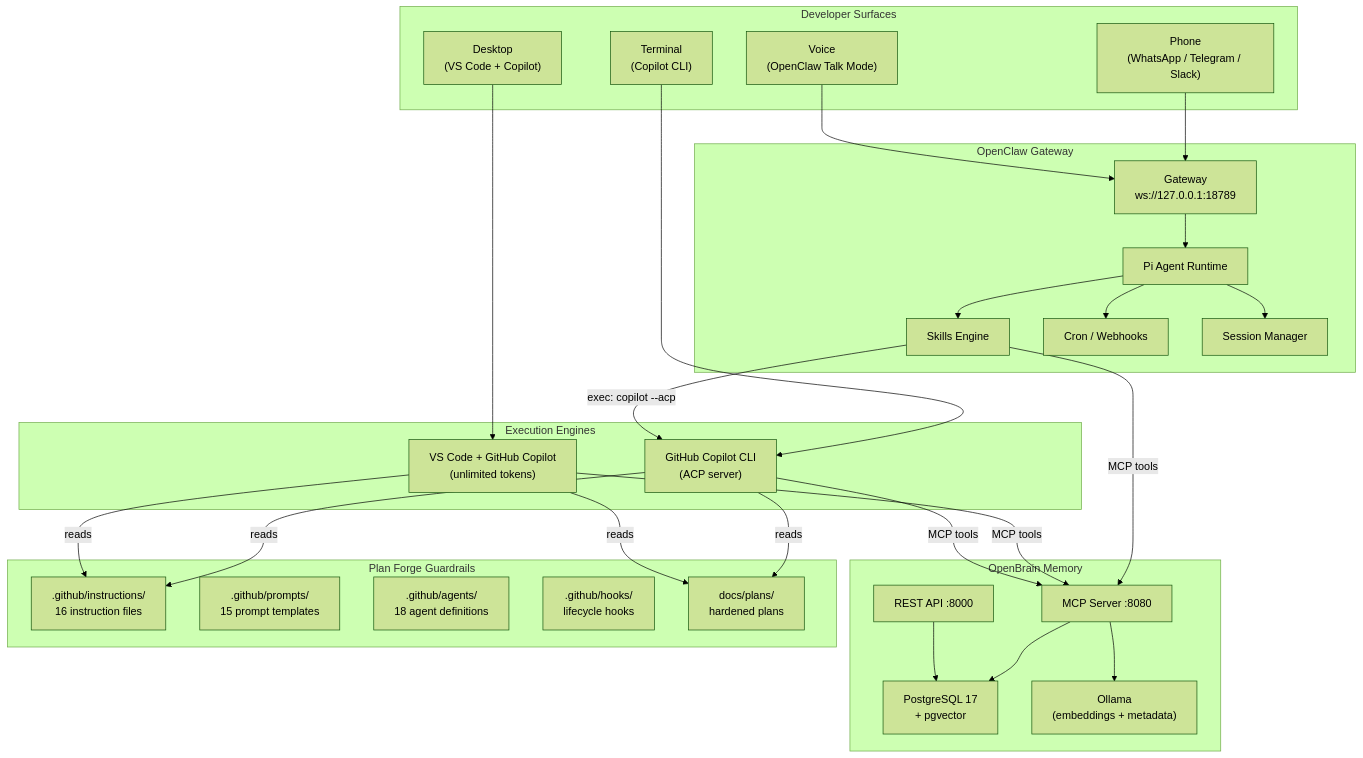
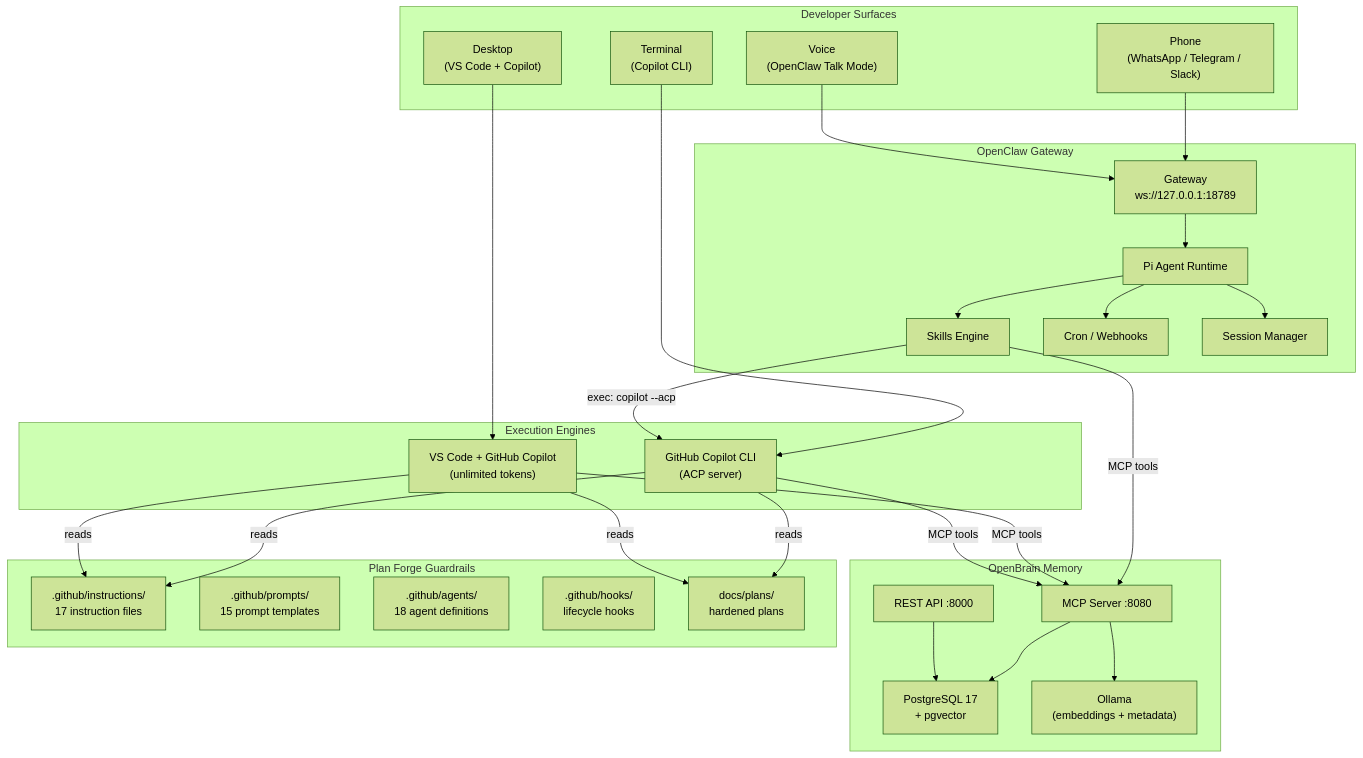
The first of 9 diagrams in docs/UNIFIED-SYSTEM-ARCHITECTURE.md (srnichols/plan-forge), drawn with Mermaid (forest theme) before and after one commit. The commit also changed 11 other files, not shown here.

````diff
--- a/docs/UNIFIED-SYSTEM-ARCHITECTURE.md
+++ b/docs/UNIFIED-SYSTEM-ARCHITECTURE.md
@@ -154,61 +154,61 @@
 ```mermaid
 graph TB
     subgraph "Developer Surfaces"
         PHONE["Phone<br/>(WhatsApp / Telegram / Slack)"]
         DESKTOP["Desktop<br/>(VS Code + Copilot)"]
         TERMINAL["Terminal<br/>(Copilot CLI)"]
         VOICE["Voice<br/>(OpenClaw Talk Mode)"]
     end
 
     subgraph "OpenClaw Gateway"
         GW["Gateway<br/>ws://127.0.0.1:18789"]
         AGENT["Pi Agent Runtime"]
         SKILLS["Skills Engine"]
         CRON["Cron / Webhooks"]
         SESSIONS["Session Manager"]
     end
 
     subgraph "Execution Engines"
         VSCODE["VS Code + GitHub Copilot<br/>(unlimited tokens)"]
         COPILOT_CLI["GitHub Copilot CLI<br/>(ACP server)"]
     end
 
     subgraph "OpenBrain Memory"
         MCP["MCP Server :8080"]
         REST["REST API :8000"]
         PG["PostgreSQL 17<br/>+ pgvector"]
         OLLAMA["Ollama<br/>(embeddings + metadata)"]
     end
 
     subgraph "Plan Forge Guardrails"
-        INSTRUCTIONS[".github/instructions/<br/>16 instruction files"]
+        INSTRUCTIONS[".github/instructions/<br/>17 instruction files"]
         PROMPTS[".github/prompts/<br/>15 prompt templates"]
         AGENTS_DEF[".github/agents/<br/>18 agent definitions"]
         HOOKS[".github/hooks/<br/>lifecycle hooks"]
         PLANS["docs/plans/<br/>hardened plans"]
     end
 
     PHONE --> GW
     DESKTOP --> VSCODE
     TERMINAL --> COPILOT_CLI
     VOICE --> GW
 
     GW --> AGENT
     AGENT --> SKILLS
     AGENT --> CRON
     AGENT --> SESSIONS
 
     SKILLS -->|"exec: copilot --acp"| COPILOT_CLI
     SKILLS -->|"MCP tools"| MCP
     VSCODE -->|"MCP tools"| MCP
 
     COPILOT_CLI -->|"reads"| INSTRUCTIONS
     COPILOT_CLI -->|"reads"| PLANS
     COPILOT_CLI -->|"MCP tools"| MCP
     VSCODE -->|"reads"| INSTRUCTIONS
     VSCODE -->|"reads"| PLANS
 
     MCP --> PG
     MCP --> OLLAMA
     REST --> PG
 ```
````
